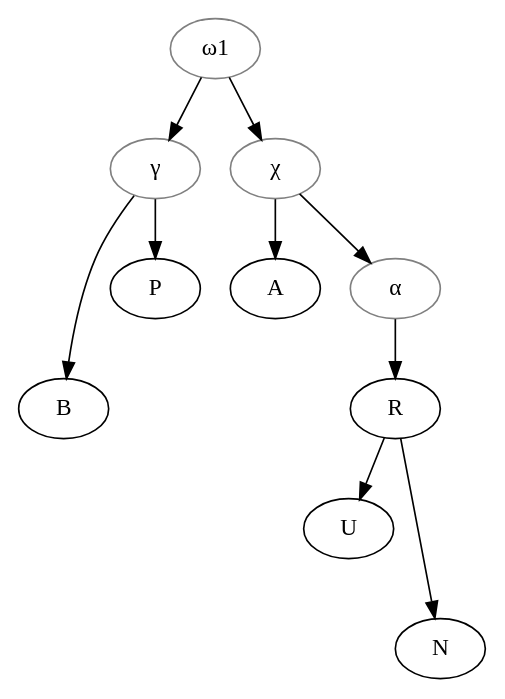
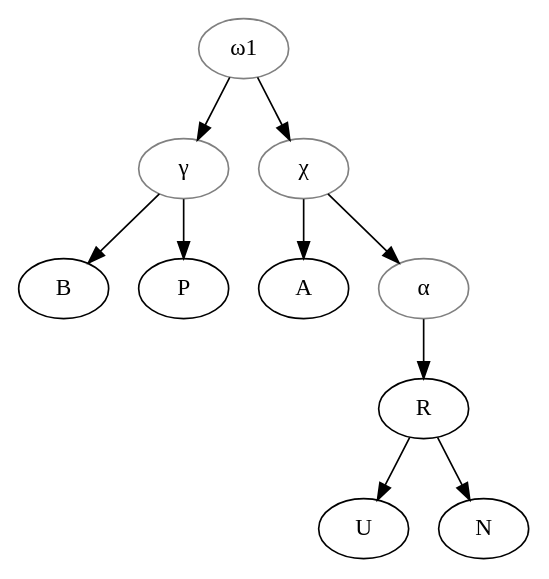
The diagram in data/lat/Schulgz-Flügel_1994_GregoriusElvireDepithalamio/stemma_III-V.gv (OpenStemmata/database), drawn with Graphviz before and after one commit.

```diff
--- a/data/lat/Schulgz-Flügel_1994_GregoriusElvireDepithalamio/stemma_III-V.gv
+++ b/data/lat/Schulgz-Flügel_1994_GregoriusElvireDepithalamio/stemma_III-V.gv
@@ -1,28 +1,28 @@
 # Place the cursor inside "graph" to get some refactoring options
 
 digraph {
 
     
     omega1 -> gamma;
-    gamma -> B [minlen=2] ;
+    gamma -> B;
     gamma ->P;
     omega1 -> chi;
     chi ->A;
     chi -> alpha;
     alpha-> R;
     R -> U;
-    R-> N[minlen=2];
+    R-> N;
     
     
         omega1 [color="grey", label="ω1"];
         gamma[color="grey",label="γ"];
         chi[color="grey", label="χ"];
         alpha [color="grey", label="α"];
         B[label="B"];
         P[label="P"];
         A[label="A"];
         R[label="R"];
         U[label="U"];
         N[label="N"];
 
 }
```
